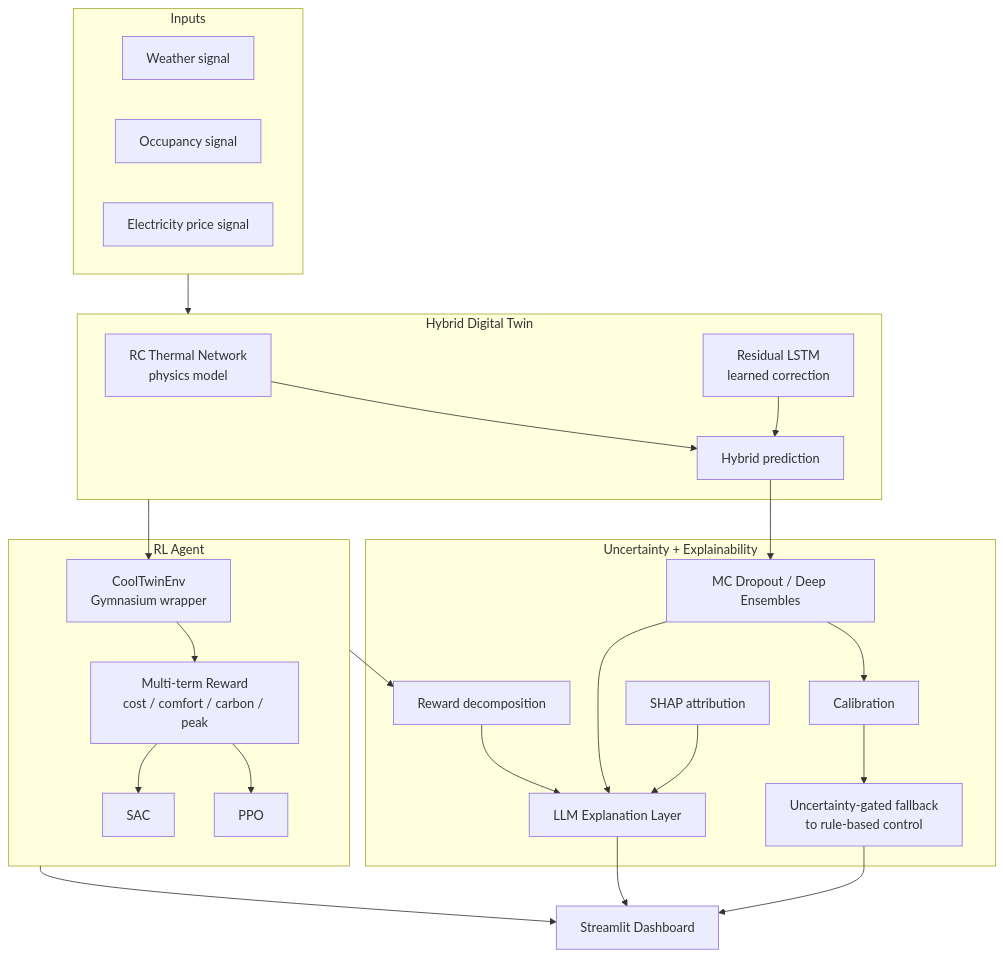
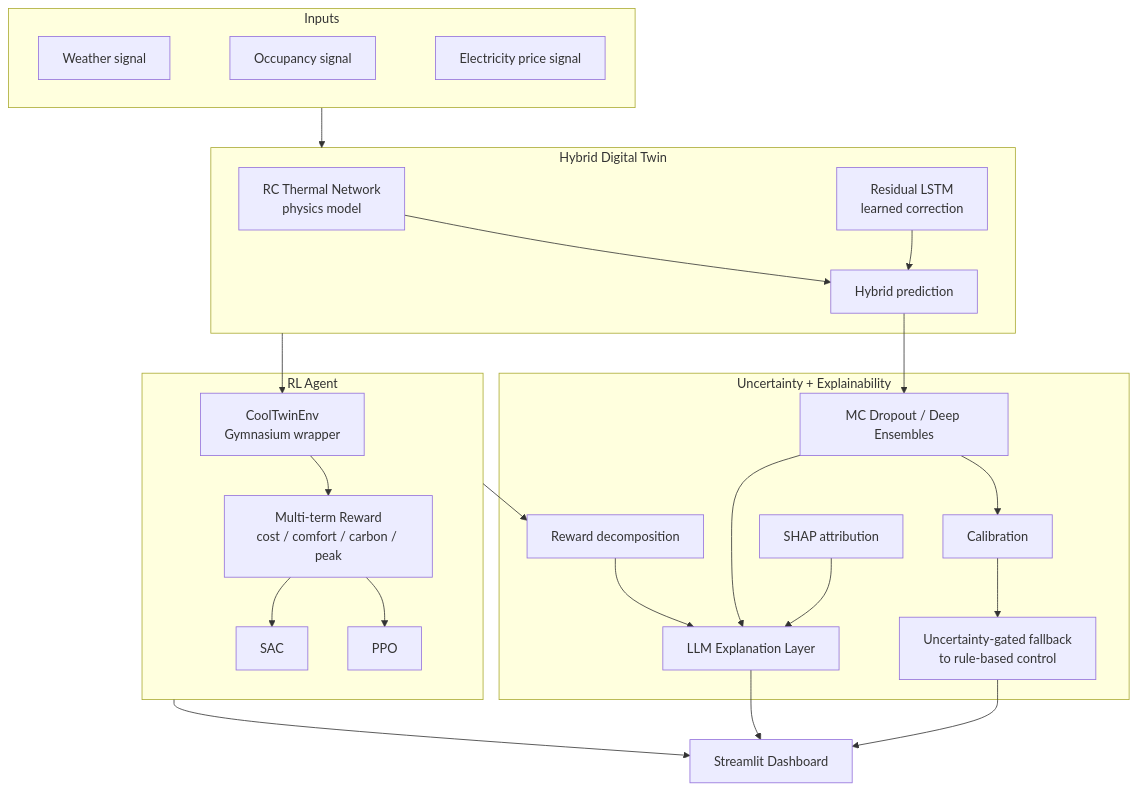
The diagram in README.md (thor-51/CoolTwin), drawn with Mermaid before and after one commit. The commit also changed other lines of this file and 10 other files, not shown here.

````diff
--- a/README.md
+++ b/README.md
@@ -38,45 +38,44 @@
 ```mermaid
 flowchart TB
     subgraph Inputs
-        W[Weather signal]
-        O[Occupancy signal]
-        P[Electricity price signal]
+        direction LR
+        W[Weather signal] ~~~ O[Occupancy signal] ~~~ P[Electricity price signal]
     end
 
     subgraph Twin["Hybrid Digital Twin"]
         RC[RC Thermal Network<br/>physics model]
         LSTM[Residual LSTM<br/>learned correction]
         RC --> H[Hybrid prediction]
         LSTM --> H
     end
 
     subgraph Agent["RL Agent"]
         ENV[CoolTwinEnv<br/>Gymnasium wrapper]
         REW[Multi-term Reward<br/>cost / comfort / carbon / peak]
         PPO[PPO]
         SAC[SAC]
         ENV --> REW
         REW --> PPO
         REW --> SAC
     end
 
     subgraph Trust["Uncertainty + Explainability"]
         UQ[MC Dropout / Deep Ensembles]
         CAL[Calibration]
         SAFE[Uncertainty-gated fallback<br/>to rule-based control]
         DECOMP[Reward decomposition]
         SHAPX[SHAP attribution]
         LLM[LLM Explanation Layer]
     end
 
     Inputs --> Twin
     Twin --> ENV
     H --> UQ --> CAL --> SAFE
     Agent --> DECOMP --> LLM
     UQ --> LLM
     SHAPX --> LLM
 
     LLM --> DASH[Streamlit Dashboard]
     SAFE --> DASH
     Agent --> DASH
 ```
````
